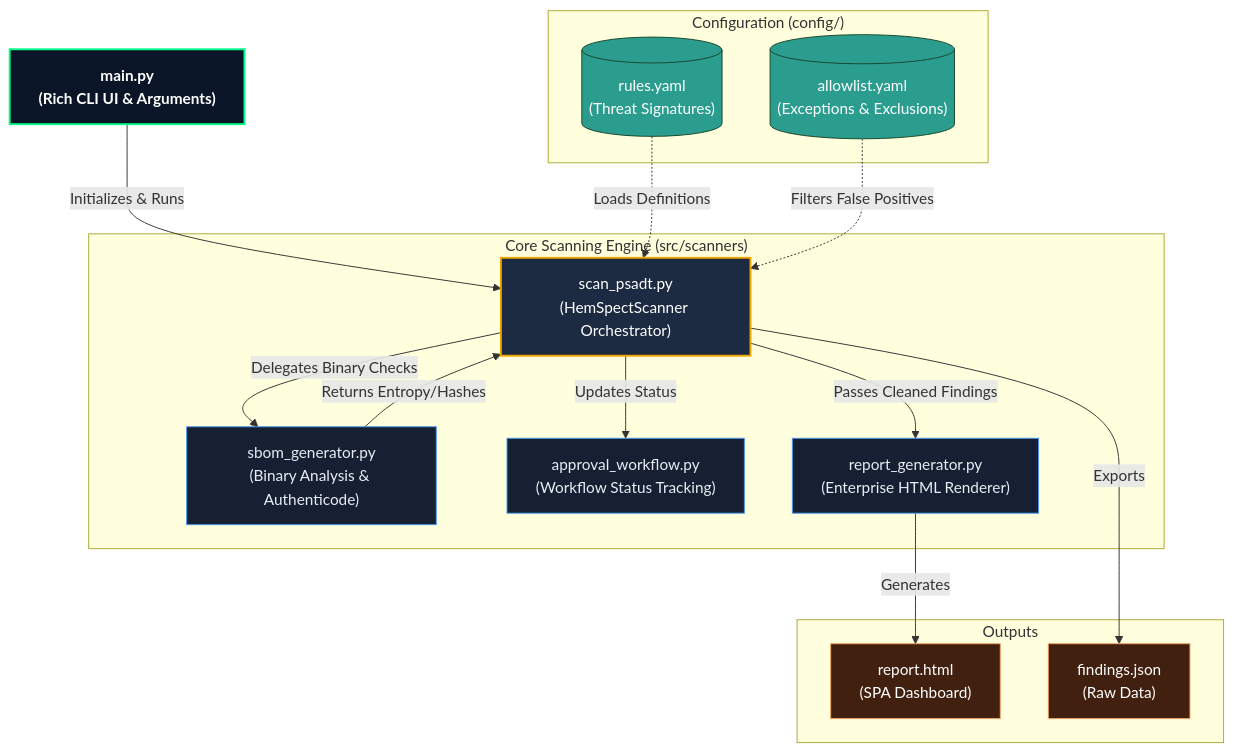
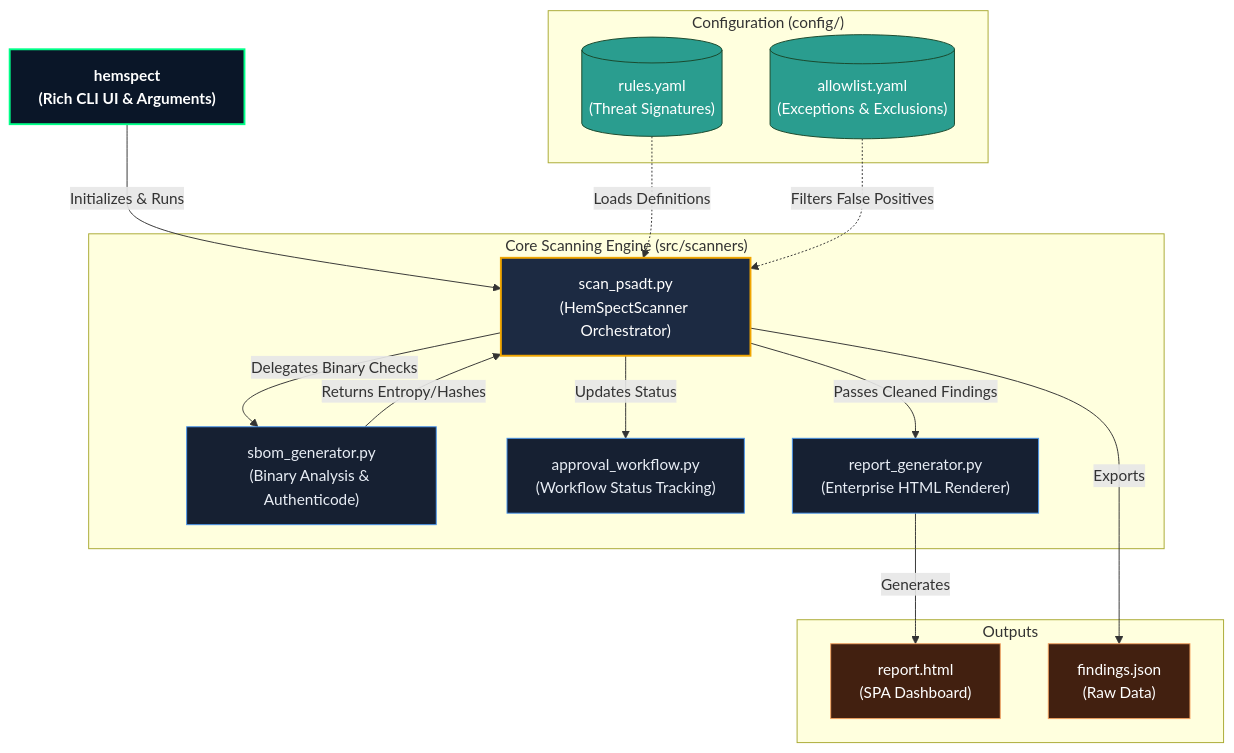
Before and after one commit to hemmhjn87/psadt_secure: the diagram in ARCHITECTURE.md, drawn with Mermaid. The commit also changed 3 other files, not shown here.

Commit message:
Update docs: replace main.py with hemspect and simplify install instructions

````diff
--- a/ARCHITECTURE.md
+++ b/ARCHITECTURE.md
@@ -7,46 +7,46 @@
 ```mermaid
 graph TD
     %% Styling
     classDef cli fill:#0a1628,stroke:#00ff88,stroke-width:2px,color:#fff,font-weight:bold
     classDef core fill:#1c2a42,stroke:#f0a500,stroke-width:2px,color:#fff
     classDef module fill:#162032,stroke:#4895ef,stroke-width:1px,color:#e8edf5
     classDef config fill:#2a9d8f,stroke:#1a472a,stroke-width:1px,color:#fff
     classDef output fill:#422010,stroke:#f4a261,stroke-width:1px,color:#fff
 
     %% Nodes
-    CLI["main.py<br/>(Rich CLI UI & Arguments)"]:::cli
+    CLI["hemspect<br/>(Rich CLI UI & Arguments)"]:::cli
     
     subgraph "Core Scanning Engine (src/scanners)"
         Engine["scan_psadt.py<br/>(HemSpectScanner Orchestrator)"]:::core
         SBOM["sbom_generator.py<br/>(Binary Analysis & Authenticode)"]:::module
         Approval["approval_workflow.py<br/>(Workflow Status Tracking)"]:::module
         Report["report_generator.py<br/>(Enterprise HTML Renderer)"]:::module
     end
     
     subgraph "Configuration (config/)"
         Rules[("rules.yaml<br/>(Threat Signatures)")]:::config
         Allowlist[("allowlist.yaml<br/>(Exceptions & Exclusions)")]:::config
     end
     
     subgraph "Outputs"
         HTML["report.html<br/>(SPA Dashboard)"]:::output
         JSON["findings.json<br/>(Raw Data)"]:::output
     end
 
     %% Dependencies & Data Flow
     CLI -->|Initializes & Runs| Engine
     
     Rules -.->|Loads Definitions| Engine
     Allowlist -.->|Filters False Positives| Engine
     
     Engine -->|Delegates Binary Checks| SBOM
     SBOM -->|Returns Entropy/Hashes| Engine
     
     Engine -->|Updates Status| Approval
     
     Engine -->|Passes Cleaned Findings| Report
     
     Report -->|Generates| HTML
     Engine -->|Exports| JSON
 
 ```
````
